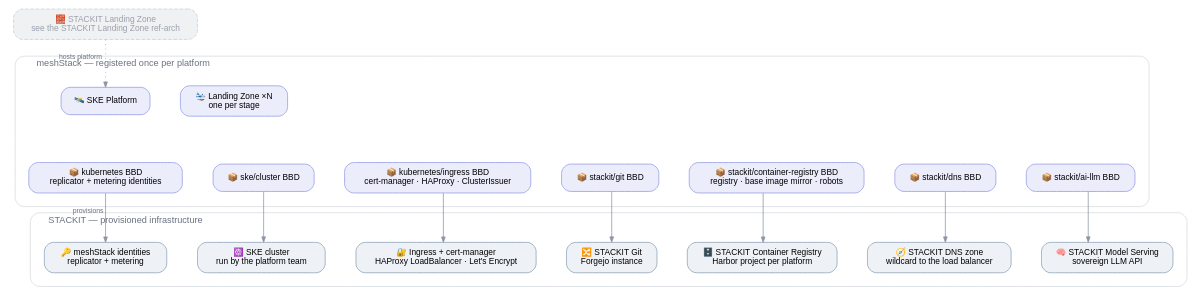
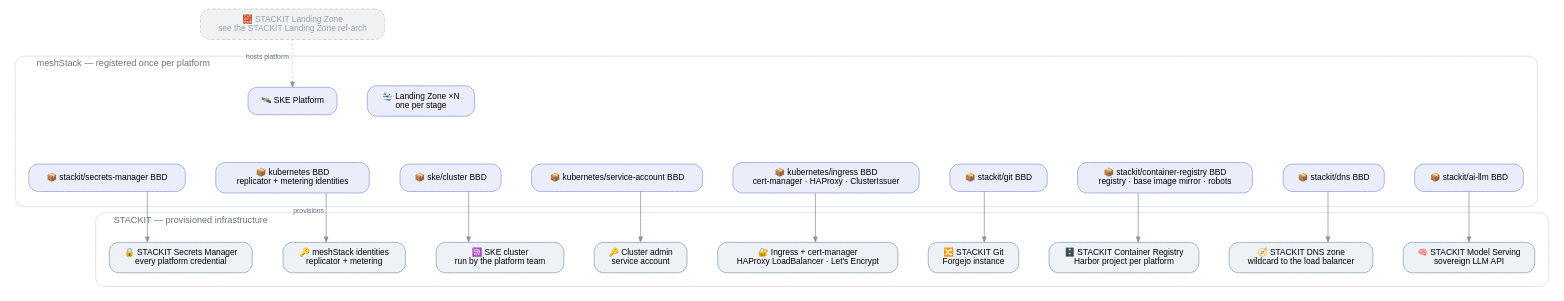
One commit to meshcloud/meshstack-hub changed the diagram in reference-architectures/stackit-kubernetes/stackit-kubernetes.dot. Above: the diagram before and after it, drawn with Graphviz. The commit also changed 23 other files, not shown here.

```diff
--- a/reference-architectures/stackit-kubernetes/stackit-kubernetes.dot
+++ b/reference-architectures/stackit-kubernetes/stackit-kubernetes.dot
@@ -1,76 +1,82 @@
 /*
  * STACKIT Kubernetes (SKE) reference architecture — platform-team view.
  * The one-time bootstrap: what a platform engineer orders once, and the STACKIT infrastructure it
  * provisions. The per-application-team view is stackit-kubernetes-app-team.dot; the internal
  * building-block/federation wiring is stackit-kubernetes-building-blocks.dot.
  * Conventions: .agents/references/diagrams.md — render with: task diagrams
  */
 digraph stackit_kubernetes_platform {
   rankdir=TB
   splines=ortho
   forcelabels=true
   bgcolor="white"
   nodesep=0.55
   ranksep=0.85
 
   node [shape=box style="rounded,filled" fontname="Helvetica" fontsize=11
         fillcolor="#ffffff" color="#a2abb8" penwidth=1.1 margin="0.20,0.11"]
   edge [fontname="Helvetica" fontsize=9 fontcolor="#697180" color="#8b95a3" arrowsize=0.7]
 
   // What it builds on — a whole reference architecture of its own, shown only for context.
   LZBB [label="🧱 STACKIT Landing Zone\nsee the STACKIT Landing Zone ref-arch"
         style="rounded,filled,dashed" fillcolor="#f0f1f3" color="#cdd2d8" fontcolor="#99a1ac"]
 
   subgraph cluster_mesh {
     label="  meshStack — registered once per platform"
     labeljust=l
     fontname="Helvetica" fontsize=12 fontcolor="#697180"
     style="rounded" color="#d5dae0"
     margin=18
 
     PLAT  [label="🛰️ SKE Platform" fillcolor="#ecedfb" color="#9aa2e6"]
     LZ    [label="🛬 Landing Zone ×N\none per stage" fillcolor="#ecedfb" color="#9aa2e6"]
 
     BBD_A [label="📦 kubernetes BBD\nreplicator + metering identities" fillcolor="#ecedfb" color="#9aa2e6"]
     BBD_K [label="📦 ske/cluster BBD" fillcolor="#ecedfb" color="#9aa2e6"]
     BBD_I [label="📦 kubernetes/ingress BBD\ncert-manager · HAProxy · ClusterIssuer" fillcolor="#ecedfb" color="#9aa2e6"]
     BBD_G [label="📦 stackit/git BBD" fillcolor="#ecedfb" color="#9aa2e6"]
     BBD_H [label="📦 stackit/container-registry BBD\nregistry · base image mirror · robots" fillcolor="#ecedfb" color="#9aa2e6"]
     BBD_D [label="📦 stackit/dns BBD" fillcolor="#ecedfb" color="#9aa2e6"]
     BBD_M [label="📦 stackit/ai-llm BBD" fillcolor="#ecedfb" color="#9aa2e6"]
+    BBD_S [label="📦 stackit/secrets-manager BBD" fillcolor="#ecedfb" color="#9aa2e6"]
+    BBD_SA [label="📦 kubernetes/service-account BBD" fillcolor="#ecedfb" color="#9aa2e6"]
 
     { rank=same; PLAT -> LZ [style=invis] }
-    { rank=same; BBD_A -> BBD_K -> BBD_I -> BBD_G -> BBD_H -> BBD_D -> BBD_M [style=invis] }
+    { rank=same; BBD_S -> BBD_A -> BBD_K -> BBD_SA -> BBD_I -> BBD_G -> BBD_H -> BBD_D -> BBD_M [style=invis] }
 
     PLAT -> BBD_A [style=invis]
   }
 
   subgraph cluster_stackit {
     label="  STACKIT — provisioned infrastructure"
     labeljust=l
     fontname="Helvetica" fontsize=12 fontcolor="#697180"
     style="rounded" color="#d5dae0"
     margin=18
 
     AGENT  [label="🔑 meshStack identities\nreplicator + metering" fillcolor="#eef2f6" color="#93a7bb"]
     SKE    [label="☸️ SKE cluster\nrun by the platform team" fillcolor="#eef2f6" color="#93a7bb"]
     ING    [label="🔐 Ingress + cert-manager\nHAProxy LoadBalancer · Let's Encrypt" fillcolor="#eef2f6" color="#93a7bb"]
     GIT    [label="🔀 STACKIT Git\nForgejo instance" fillcolor="#eef2f6" color="#93a7bb"]
     HARBOR [label="🗄️ STACKIT Container Registry\nHarbor project per platform" fillcolor="#eef2f6" color="#93a7bb"]
     DNS    [label="🧭 STACKIT DNS zone\nwildcard to the load balancer" fillcolor="#eef2f6" color="#93a7bb"]
     MODEL  [label="🧠 STACKIT Model Serving\nsovereign LLM API" fillcolor="#eef2f6" color="#93a7bb"]
+    SM     [label="🔒 STACKIT Secrets Manager\nevery platform credential" fillcolor="#eef2f6" color="#93a7bb"]
+    KSA    [label="🔑 Cluster admin\nservice account" fillcolor="#eef2f6" color="#93a7bb"]
 
-    { rank=same; AGENT -> SKE -> ING -> GIT -> HARBOR -> DNS -> MODEL [style=invis] }
+    { rank=same; SM -> AGENT -> SKE -> KSA -> ING -> GIT -> HARBOR -> DNS -> MODEL [style=invis] }
   }
 
   LZBB -> PLAT [xlabel="hosts platform" style=dotted]
 
   // Each definition sits directly above the resource it provisions, so these read as short columns.
   BBD_A -> AGENT  [xlabel="provisions"]
   BBD_K -> SKE
   BBD_I -> ING
   BBD_G -> GIT
   BBD_H -> HARBOR
   BBD_D -> DNS
   BBD_M -> MODEL
+  BBD_S -> SM
+  BBD_SA -> KSA
 }
```
